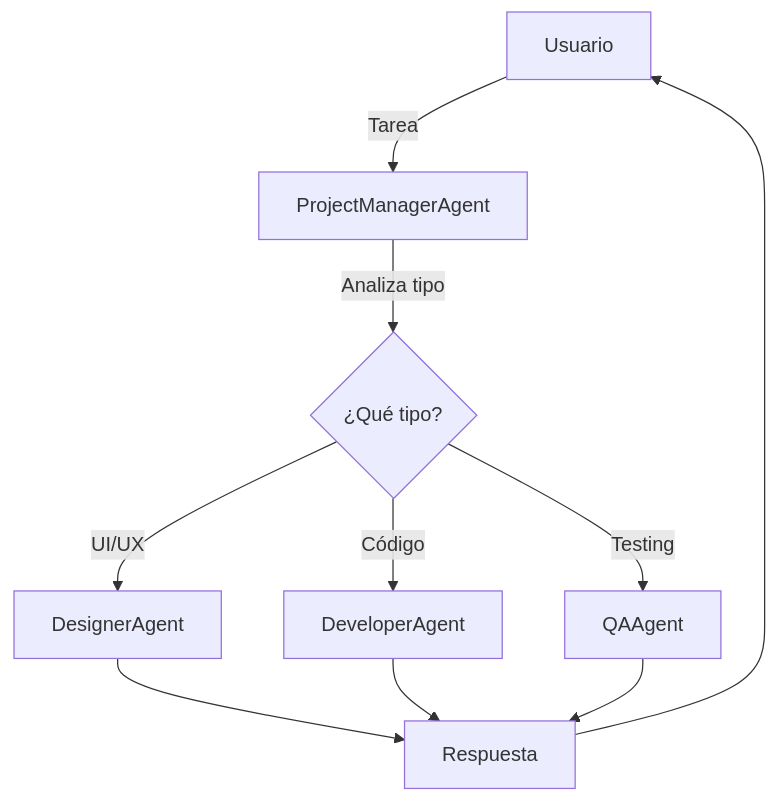
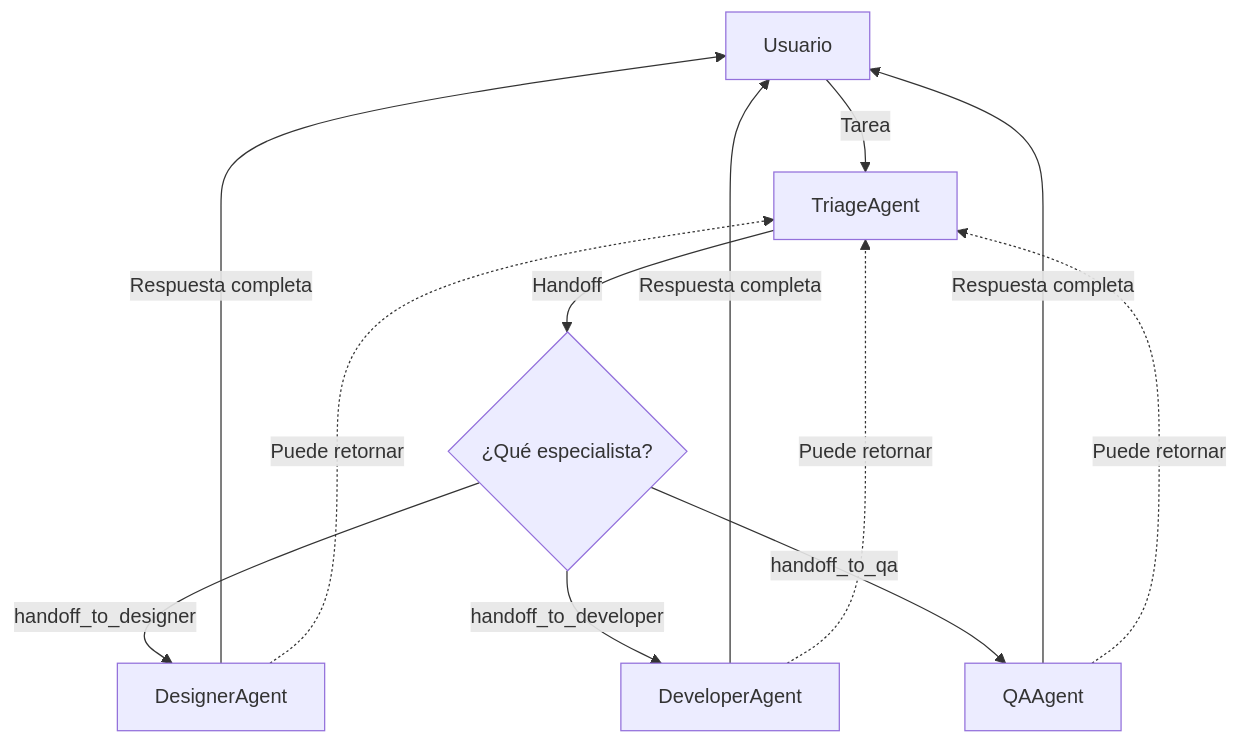
Before and after one commit to adiazcan/maf-workshop: the diagram in docs/modulo-03-workflows/labs/03-delegation/README.md, drawn with Mermaid. The commit also changed other lines of this file and 4 other files, not shown here.

Commit message:
Refactor ProjectManagerAgent to TriageAgent for Handoff Orchestration; update README and SpecialistAgents for new workflow structure

````diff
--- a/docs/modulo-03-workflows/labs/03-delegation/README.md
+++ b/docs/modulo-03-workflows/labs/03-delegation/README.md
@@ -16,12 +24,14 @@
 ```mermaid
 graph TD
-    A[Usuario] -->|Tarea| B[ProjectManagerAgent]
-    B -->|Analiza tipo| C{¿Qué tipo?}
-    C -->|UI/UX| D[DesignerAgent]
-    C -->|Código| E[DeveloperAgent]
-    C -->|Testing| F[QAAgent]
-    D --> G[Respuesta]
-    E --> G
-    F --> G
-    G --> A
+    A[Usuario] -->|Tarea| B[TriageAgent]
+    B -->|Handoff| C{¿Qué especialista?}
+    C -->|handoff_to_designer| D[DesignerAgent]
+    C -->|handoff_to_developer| E[DeveloperAgent]
+    C -->|handoff_to_qa| F[QAAgent]
+    D -->|Respuesta completa| A
+    E -->|Respuesta completa| A
+    F -->|Respuesta completa| A
+    D -.->|Puede retornar| B
+    E -.->|Puede retornar| B
+    F -.->|Puede retornar| B
 ```
````
